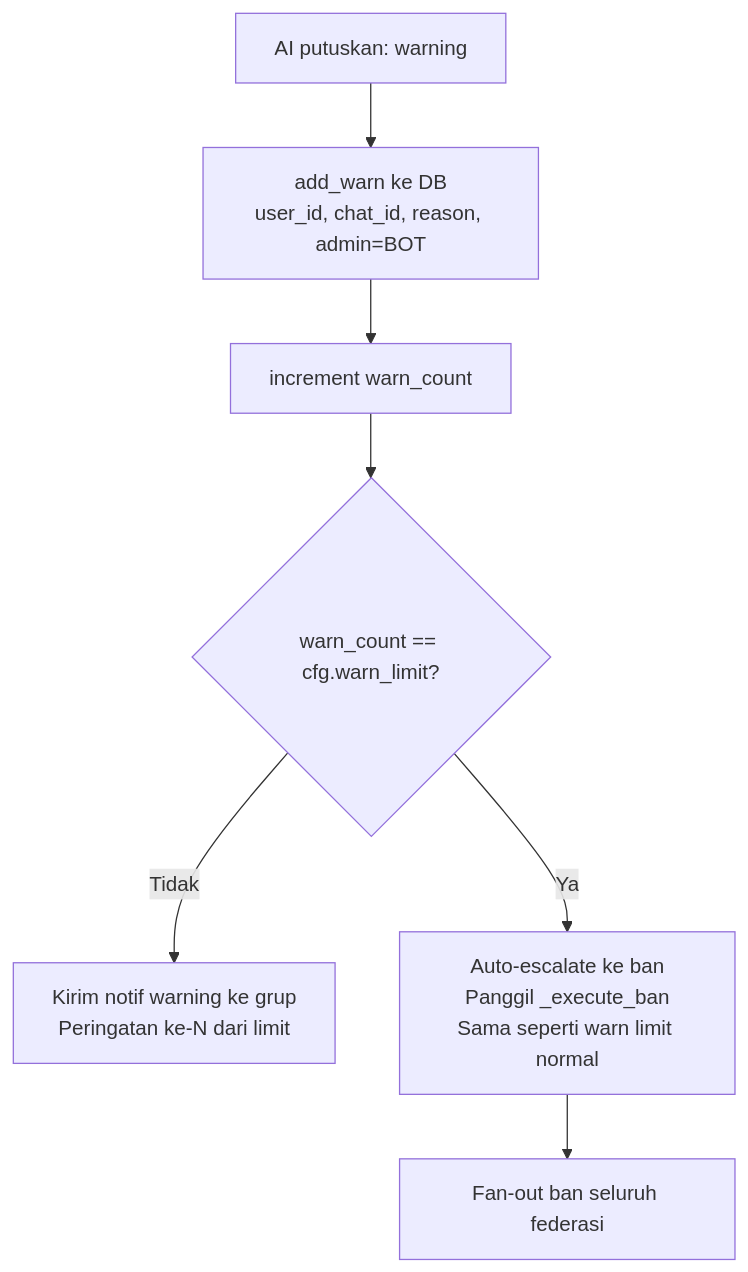
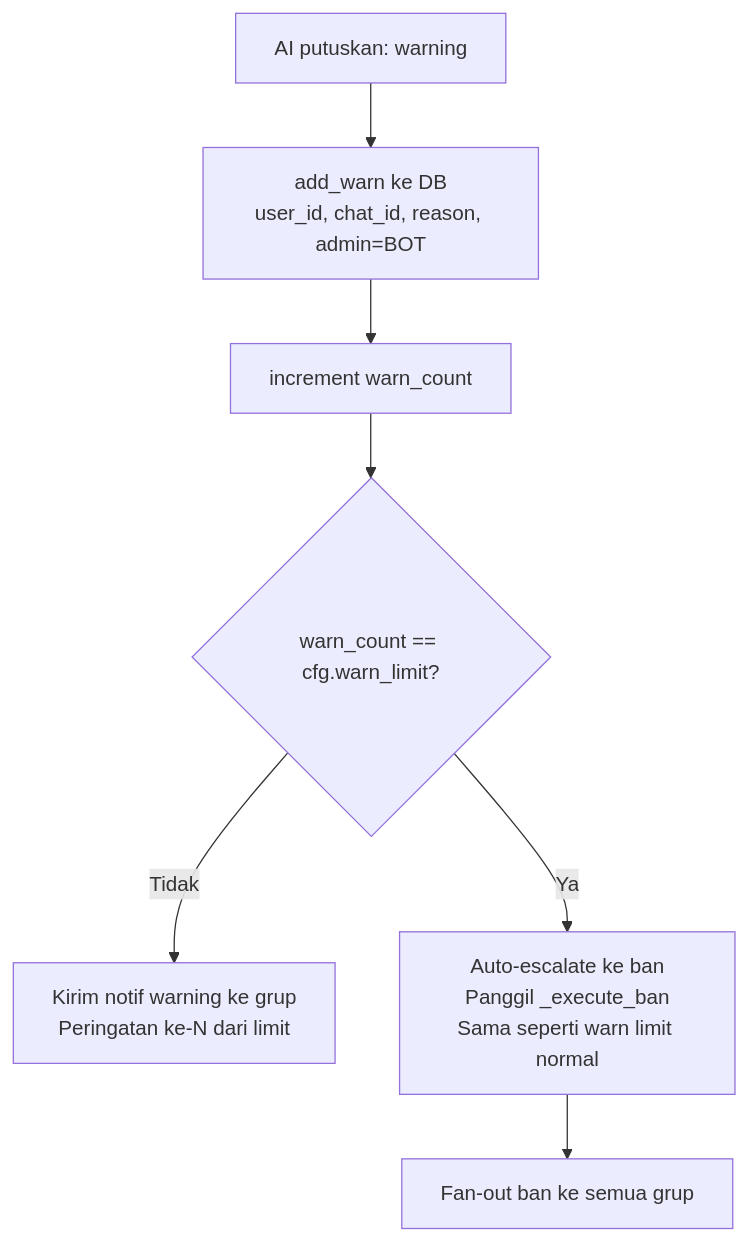
The fifth of 15 diagrams in PRD.md (D1ZZY4/tcbot), drawn with Mermaid before and after one commit. The commit also changed other lines of this file, not shown here.

````diff
--- a/PRD.md
+++ b/PRD.md
@@ -400,9 +400,9 @@
 ```mermaid
 flowchart TD
     W1[AI putuskan: warning] --> W2[add_warn ke DB\nuser_id, chat_id, reason, admin=BOT]
     W2 --> W3[increment warn_count]
     W3 --> W4{warn_count == cfg.warn_limit?}
     W4 -->|Tidak| W5[Kirim notif warning ke grup\nPeringatan ke-N dari limit]
     W4 -->|Ya| W6[Auto-escalate ke ban\nPanggil _execute_ban\nSama seperti warn limit normal]
-    W6 --> W7[Fan-out ban seluruh federasi]
+    W6 --> W7[Fan-out ban ke semua grup]
 ```
````
